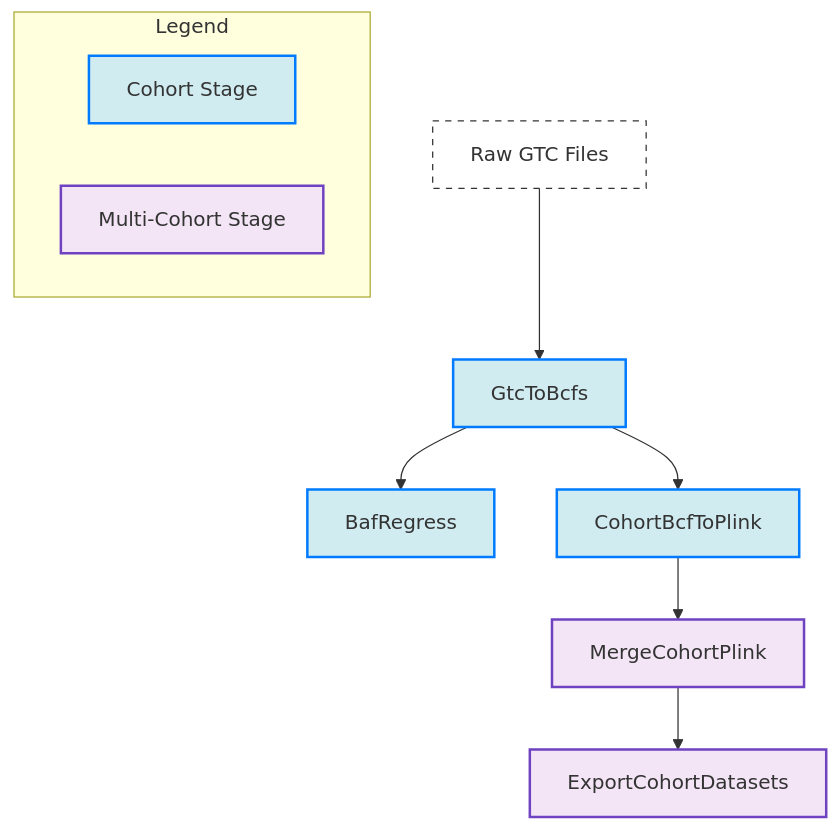
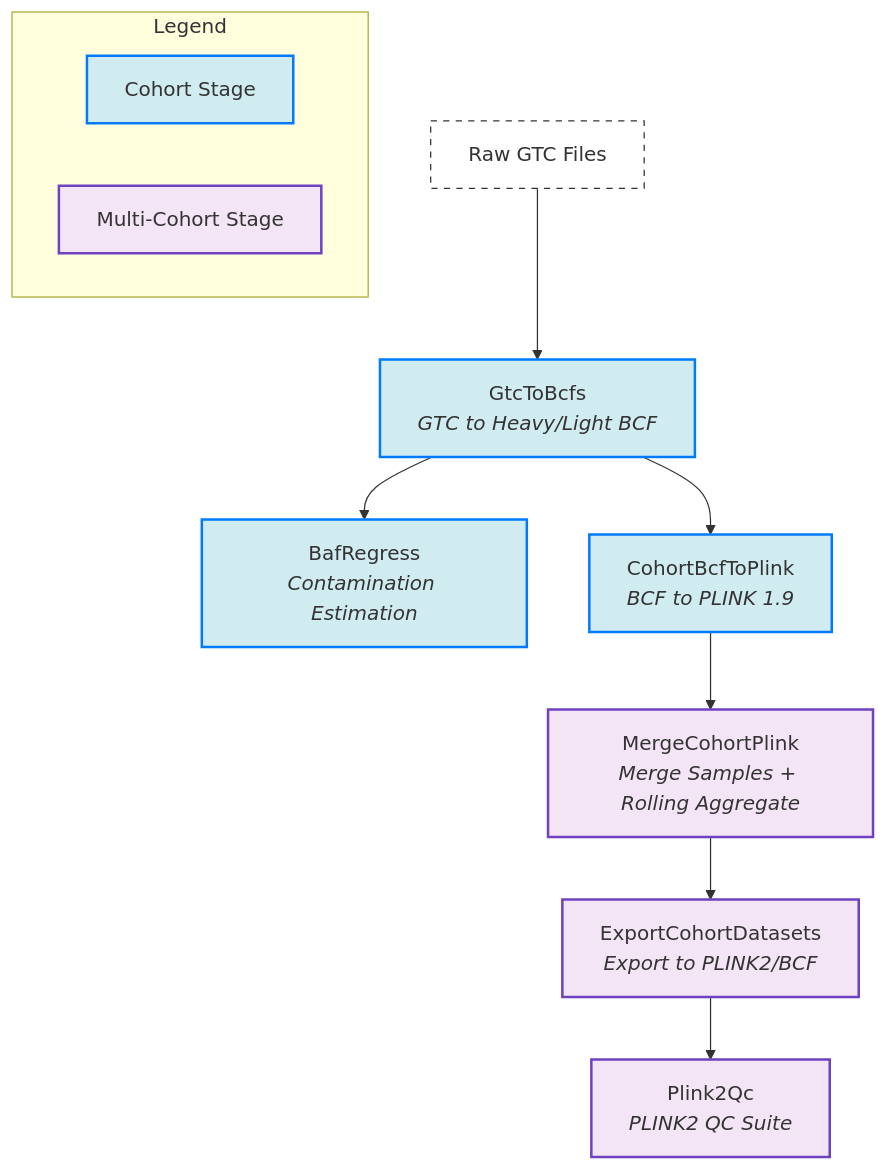
The diagram in pipeline_dag.mmd (populationgenomics/popgen-genotyping), drawn with Mermaid before and after one commit. The commit also changed 1 other file, not shown here.

Commit message:
POPGEN-1266: Update pipeline Mermaid diagram and PNG

```diff
--- a/pipeline_dag.mmd
+++ b/pipeline_dag.mmd
@@ -1,22 +1,23 @@
 graph TD
     subgraph Legend
         direction LR
         L1[Cohort Stage]:::cohort
         L2[Multi-Cohort Stage]:::multicohort
     end
 
     %% DAG Structure
-    GTC[Raw GTC Files]:::data --> GtoB[GtcToBcfs]:::cohort
-    GtoB --> BAF[BafRegress]:::cohort
-    GtoB --> BtoP[CohortBcfToPlink]:::cohort
-    BtoP --> MCP[MergeCohortPlink]:::multicohort
-    MCP --> ECD[ExportCohortDatasets]:::multicohort
+    GTC[Raw GTC Files]:::data --> GtoB[GtcToBcfs<br/><i>GTC to Heavy/Light BCF</i>]:::cohort
+    GtoB --> BAF[BafRegress<br/><i>Contamination Estimation</i>]:::cohort
+    GtoB --> BtoP[CohortBcfToPlink<br/><i>BCF to PLINK 1.9</i>]:::cohort
+    BtoP --> MCP[MergeCohortPlink<br/><i>Merge Samples + Rolling Aggregate</i>]:::multicohort
+    MCP --> ECD[ExportCohortDatasets<br/><i>Export to PLINK2/BCF</i>]:::multicohort
+    ECD --> QC[Plink2Qc<br/><i>PLINK2 QC Suite</i>]:::multicohort
 
     %% Component styling
     classDef cohort fill:#d1ecf1,stroke:#007bff,stroke-width:2px;
     classDef multicohort fill:#f3e5f5,stroke:#6f42c1,stroke-width:2px;
     classDef data fill:#fff,stroke:#333,stroke-dasharray: 5 5;
 
     %% Explicit classes
     class GtoB,BAF,BtoP cohort;
-    class MCP,ECD multicohort;
+    class MCP,ECD,QC multicohort;
```
